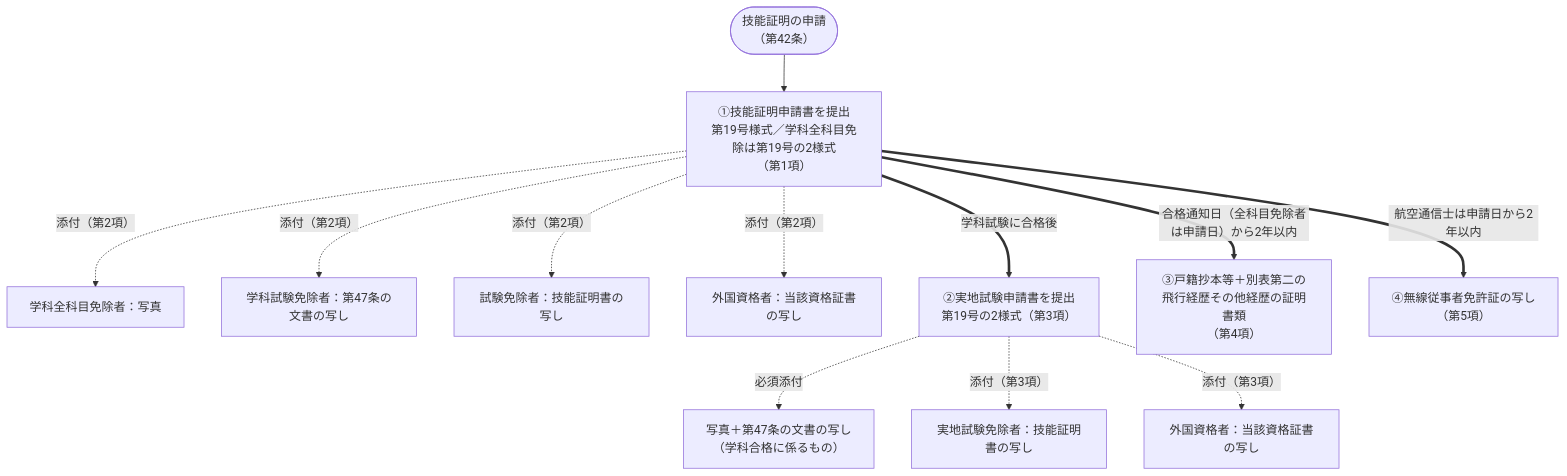
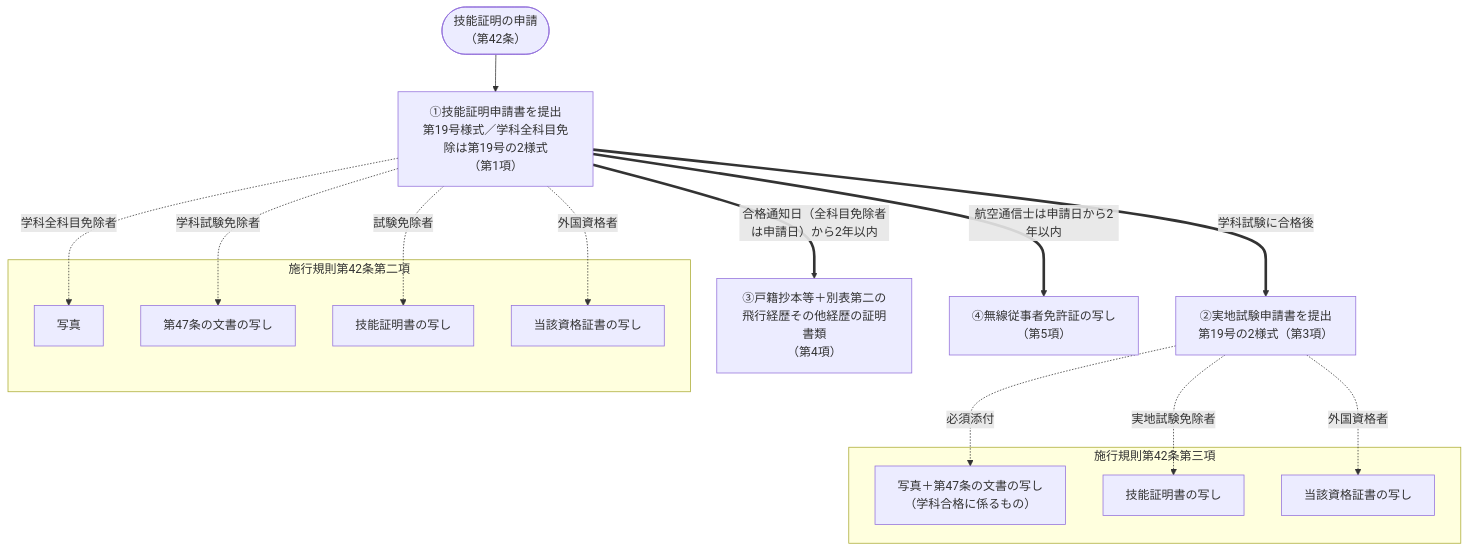
One commit to yonemotoBB/pil changed the first of 17 diagrams in chapters/04_第四章.md. Above: the diagram before and after it, drawn with Mermaid.

Commit message:
第二十二条の図 第3項を第2項と同じスタイルに整理

````diff
--- a/chapters/04_第四章.md
+++ b/chapters/04_第四章.md
@@ -31,17 +31,23 @@
 ```mermaid
 flowchart TD
     START(["技能証明の申請<br>（第42条）"]) --> A["①技能証明申請書を提出<br>第19号様式／学科全科目免除は第19号の2様式<br>（第1項）"]
 
-    A -. 添付（第2項） .-> A1["学科全科目免除者：写真"]
-    A -. 添付（第2項） .-> A2["学科試験免除者：第47条の文書の写し"]
-    A -. 添付（第2項） .-> A3["試験免除者：技能証明書の写し"]
-    A -. 添付（第2項） .-> A4["外国資格者：当該資格証書の写し"]
+    subgraph 施行規則第42条第二項
+        A1 & A2 & A3 & A4
+    end
+    A -. 学科全科目免除者 .-> A1["写真"]
+    A -. 学科試験免除者 .-> A2["第47条の文書の写し"]
+    A -. 試験免除者 .-> A3["技能証明書の写し"]
+    A -. 外国資格者 .-> A4["当該資格証書の写し"]
 
     A == 学科試験に合格後 ==> B["②実地試験申請書を提出<br>第19号の2様式（第3項）"]
+    subgraph 施行規則第42条第三項
+        B0 & B1 & B2
+    end
     B -. 必須添付 .-> B0["写真＋第47条の文書の写し<br>（学科合格に係るもの）"]
-    B -. 添付（第3項） .-> B1["実地試験免除者：技能証明書の写し"]
-    B -. 添付（第3項） .-> B2["外国資格者：当該資格証書の写し"]
+    B -. 実地試験免除者 .-> B1["技能証明書の写し"]
+    B -. 外国資格者 .-> B2["当該資格証書の写し"]
 
     A == 合格通知日（全科目免除者は申請日）から2年以内 ==> C["③戸籍抄本等＋別表第二の<br>飛行経歴その他経歴の証明書類<br>（第4項）"]
     A == 航空通信士は申請日から2年以内 ==> D["④無線従事者免許証の写し<br>（第5項）"]
 ```
````
